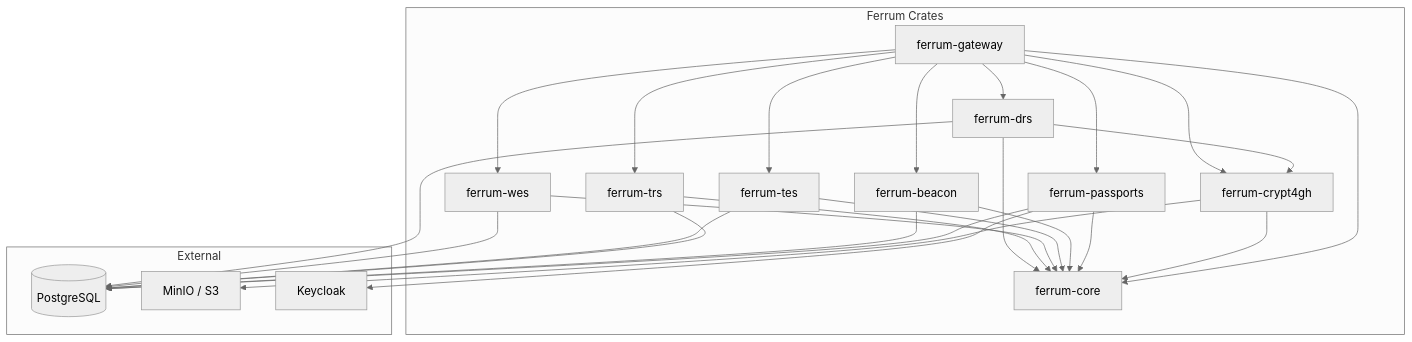
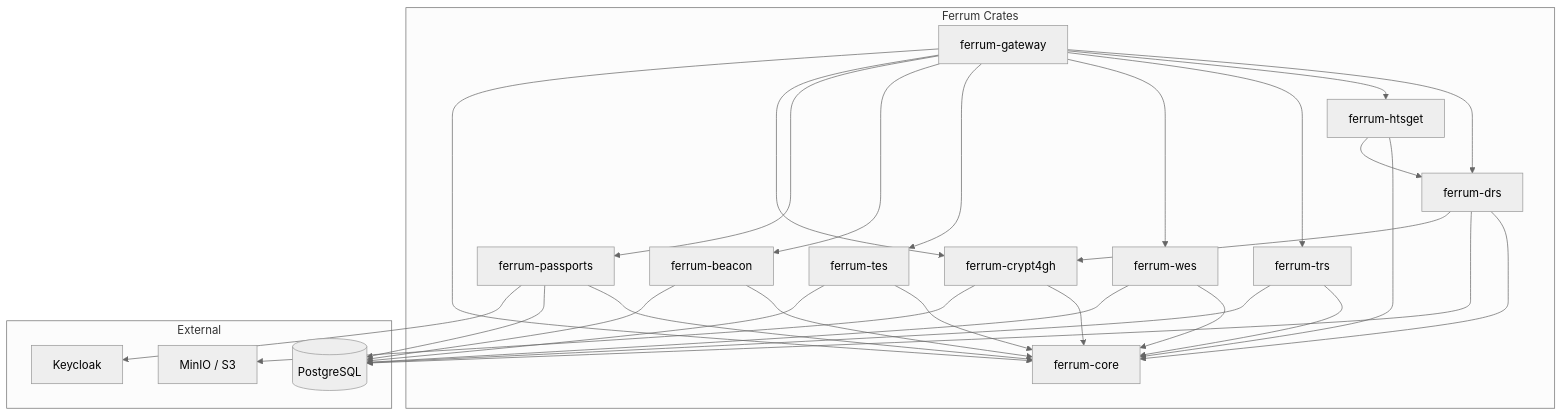
One commit to SynapticFour/Ferrum changed the first of 12 diagrams in docs/ARCHITECTURE.md. Above: the diagram before and after it, drawn with Mermaid (neutral theme). The commit also changed other lines of this file and 4 other files, not shown here.

````diff
--- a/docs/ARCHITECTURE.md
+++ b/docs/ARCHITECTURE.md
@@ -9,46 +9,51 @@
 ```mermaid
 graph TD
   subgraph Crates["Ferrum Crates"]
     GW[ferrum-gateway]
     CORE[ferrum-core]
     DRS[ferrum-drs]
+    HTSGET[ferrum-htsget]
     TRS[ferrum-trs]
     WES[ferrum-wes]
     TES[ferrum-tes]
     BEACON[ferrum-beacon]
     PASS[ferrum-passports]
     C4[ferrum-crypt4gh]
   end
 
   subgraph External["External"]
     PG[(PostgreSQL)]
     MINIO[MinIO / S3]
     KC[Keycloak]
   end
 
   GW --> DRS
+  GW --> HTSGET
   GW --> TRS
   GW --> WES
   GW --> TES
   GW --> BEACON
   GW --> PASS
   GW --> C4
   DRS --> CORE
+  HTSGET --> CORE
   TRS --> CORE
   WES --> CORE
   TES --> CORE
   BEACON --> CORE
   PASS --> CORE
   C4 --> CORE
   GW --> CORE
+
+  HTSGET --> DRS
 
   DRS --> PG
   WES --> PG
   TES --> PG
   TRS --> PG
   BEACON --> PG
   PASS --> PG
   DRS --> C4
   C4 --> MINIO
   PASS --> KC
 ```
````
